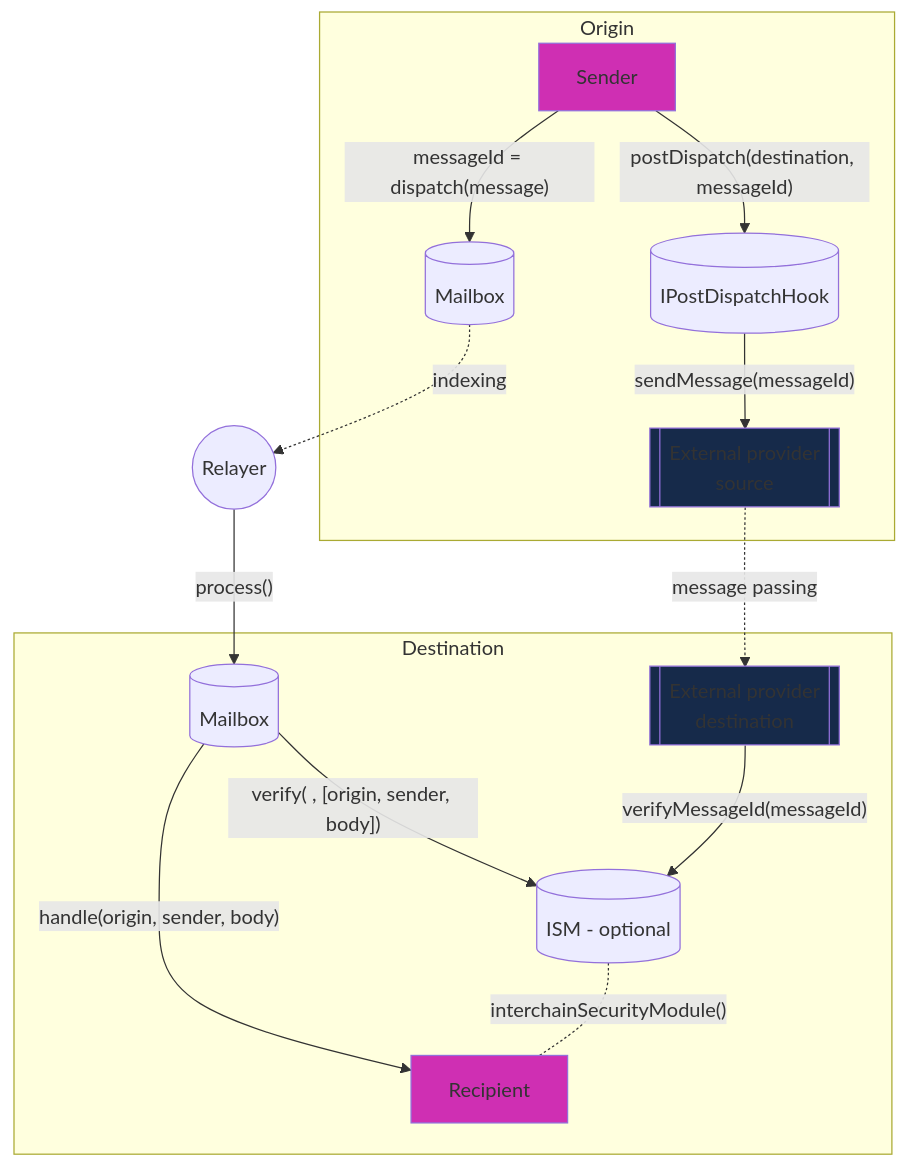
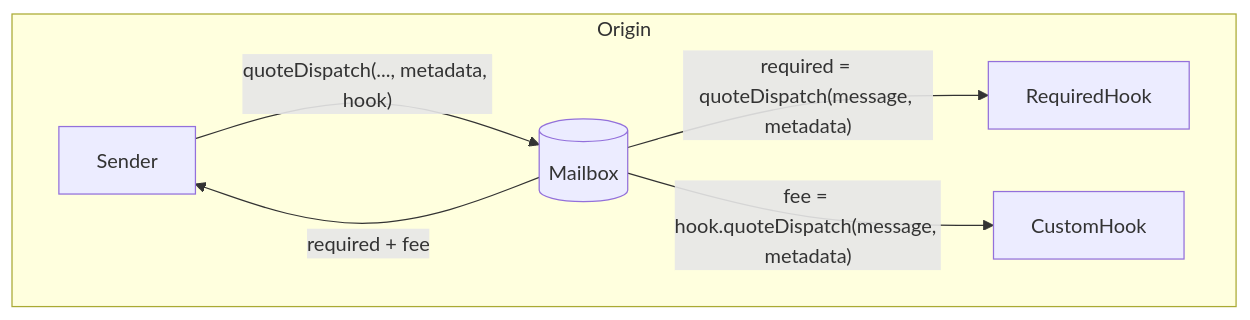
One commit to hyperlane-xyz/v3-docs changed the second of 2 diagrams in docs/reference/hooks/overview.mdx. Above: the diagram before and after it, drawn with Mermaid. The commit also changed other lines of this file and 15 other files, not shown here.

````diff
--- a/docs/reference/hooks/overview.mdx
+++ b/docs/reference/hooks/overview.mdx
@@ -14,41 +67,14 @@
 ```mermaid
 flowchart TB
-    Relayer((Relayer))
-
     subgraph Origin
       Sender
       M_O[(Mailbox)]
-      Hook[(IPostDispatchHook)]
-      E_O[[External provider\n source]]
+      R_H[RequiredHook]
+      Hook[CustomHook]
 
-      Sender -- "messageId = dispatch(message)" --> M_O
-      Sender -- "postDispatch(destination, messageId)" --> Hook
-      Hook -- "sendMessage(messageId)" --> E_O
+      Sender -- "quoteDispatch(..., metadata, hook)" --> M_O
+      M_O -- "required = quoteDispatch(message, metadata)" --> R_H
+      M_O -- "fee = hook.quoteDispatch(message, metadata)" --> Hook
+      M_O -- "required + fee" --> Sender
     end
-
-
-    M_O -. "indexing" .-> Relayer
-    E_O -. "message passing" .-> E_D
-
-
-    subgraph Destination
-      Recipient
-      M_D[(Mailbox)]
-      ISM[(ISM - optional)]
-      E_D[[External provider\n destination]]
-
-      M_D -- "verify( , [origin, sender, body])" --> ISM
-      M_D -- "handle(origin, sender, body)" --> Recipient
-      ISM -. "interchainSecurityModule()" .- Recipient
-
-      E_D -- "verifyMessageId(messageId)" --> ISM
-    end
-
-    Relayer -- "process()" --> M_D
-
-    style Sender fill: #cf2fb3
-    style Recipient fill:#cf2fb3
-    style E_O fill: #162a4a
-    style E_D fill: #162a4a
-
-```
+``` 
````
